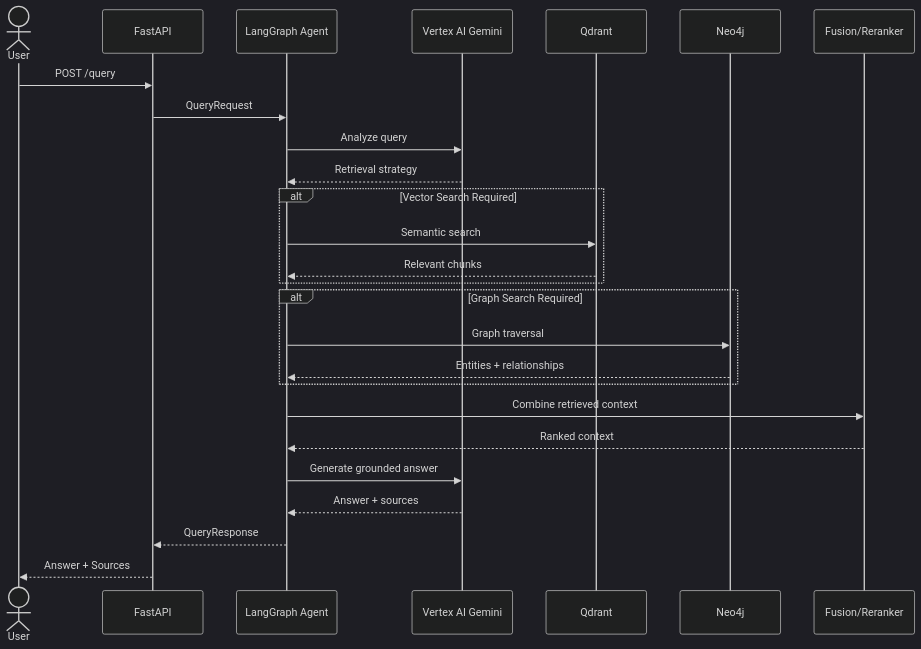
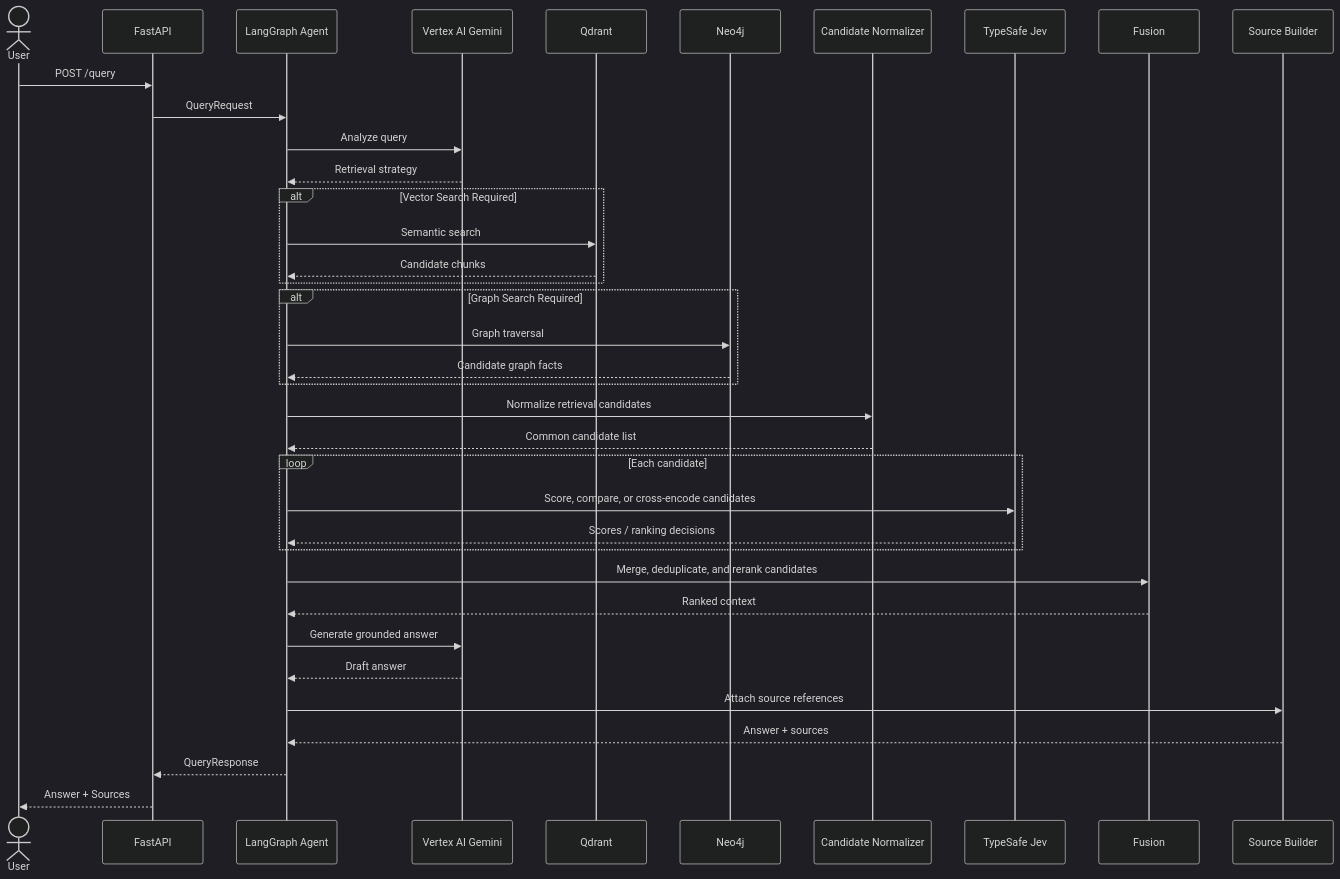
Before and after one commit to adarshmadhusoodanan/agentic-graph-rag: the diagram in docs/06_sequence_diagram.md, drawn with Mermaid (dark theme). The commit also changed other lines of this file and 8 other files, not shown here.

````diff
--- a/docs/06_sequence_diagram.md
+++ b/docs/06_sequence_diagram.md
@@ -4,36 +3,49 @@
 ```mermaid
 sequenceDiagram
-
     actor User
     participant API as FastAPI
     participant Agent as LangGraph Agent
     participant Gemini as Vertex AI Gemini
     participant Qdrant as Qdrant
     participant Neo4j as Neo4j
-    participant Fusion as Fusion/Reranker
+    participant Normalizer as Candidate Normalizer
+    participant Jev as TypeSafe Jev
+    participant Fusion as Fusion
+    participant Sources as Source Builder
 
     User->>API: POST /query
     API->>Agent: QueryRequest
 
     Agent->>Gemini: Analyze query
     Gemini-->>Agent: Retrieval strategy
 
     alt Vector Search Required
         Agent->>Qdrant: Semantic search
-        Qdrant-->>Agent: Relevant chunks
+        Qdrant-->>Agent: Candidate chunks
     end
 
     alt Graph Search Required
         Agent->>Neo4j: Graph traversal
-        Neo4j-->>Agent: Entities + relationships
+        Neo4j-->>Agent: Candidate graph facts
     end
 
-    Agent->>Fusion: Combine retrieved context
+    Agent->>Normalizer: Normalize retrieval candidates
+    Normalizer-->>Agent: Common candidate list
+
+    loop Each candidate
+        Agent->>Jev: Score, compare, or cross-encode candidates
+        Jev-->>Agent: Scores / ranking decisions
+    end
+
+    Agent->>Fusion: Merge, deduplicate, and rerank candidates
     Fusion-->>Agent: Ranked context
 
     Agent->>Gemini: Generate grounded answer
-    Gemini-->>Agent: Answer + sources
+    Gemini-->>Agent: Draft answer
+
+    Agent->>Sources: Attach source references
+    Sources-->>Agent: Answer + sources
 
     Agent-->>API: QueryResponse
     API-->>User: Answer + Sources
 ```
````
